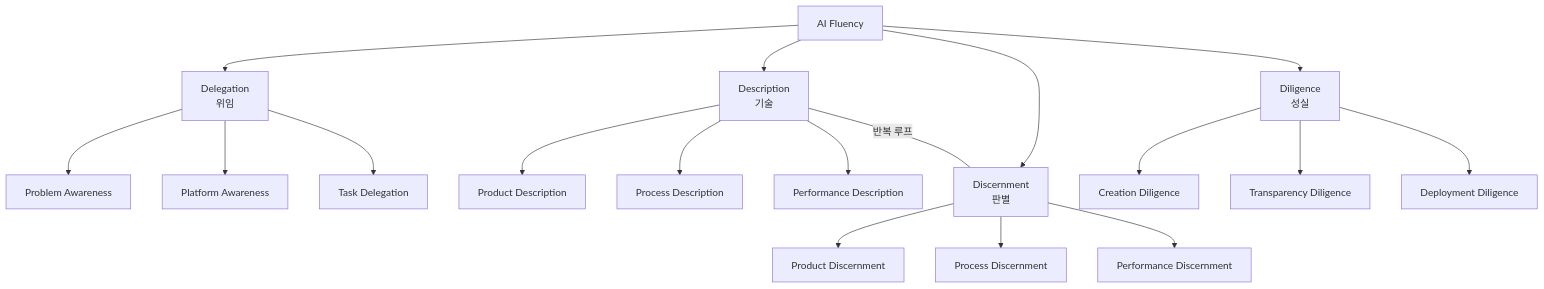
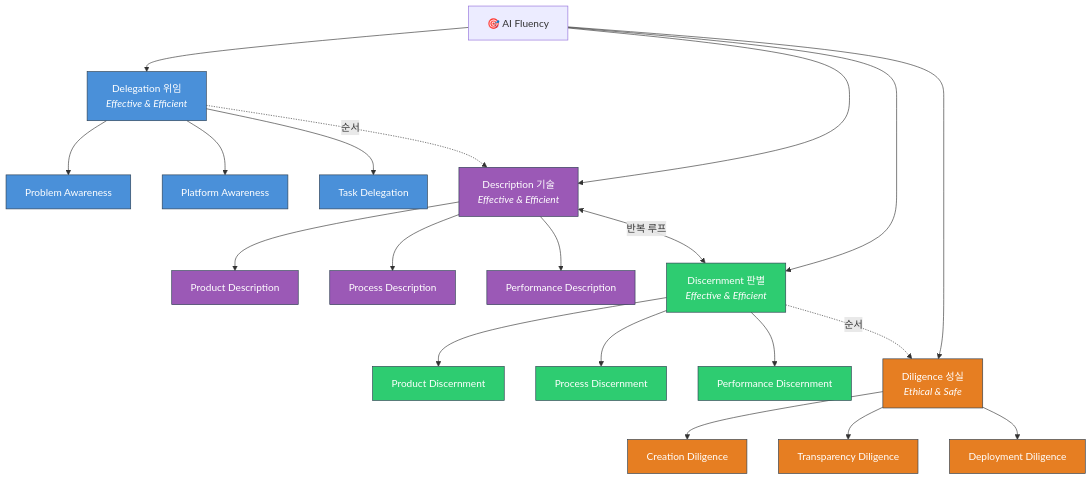
One commit to baekja/Lecture_LLM-AE-AI changed the first of 5 diagrams in content/01-Notes/Week_01.md. Above: the diagram before and after it, drawn with Mermaid. The commit also changed other lines of this file and 1 other file, not shown here.

````diff
--- a/content/01-Notes/Week_01.md
+++ b/content/01-Notes/Week_01.md
@@ -53,25 +53,39 @@
 ```mermaid
 graph TD
-    A[AI Fluency] --> B[Delegation<br>위임]
-    A --> C[Description<br>기술]
-    A --> D[Discernment<br>판별]
-    A --> E[Diligence<br>성실]
+    A["🎯 AI Fluency"]
 
-    B --> B1[Problem Awareness]
-    B --> B2[Platform Awareness]
-    B --> B3[Task Delegation]
+    A --> B["Delegation 위임<br><i>Effective & Efficient</i>"]
+    A --> C["Description 기술<br><i>Effective & Efficient</i>"]
+    A --> D["Discernment 판별<br><i>Effective & Efficient</i>"]
+    A --> E["Diligence 성실<br><i>Ethical & Safe</i>"]
 
-    C --> C1[Product Description]
-    C --> C2[Process Description]
-    C --> C3[Performance Description]
+    B --> B1["Problem Awareness"]
+    B --> B2["Platform Awareness"]
+    B --> B3["Task Delegation"]
 
-    D --> D1[Product Discernment]
-    D --> D2[Process Discernment]
-    D --> D3[Performance Discernment]
+    C --> C1["Product Description"]
+    C --> C2["Process Description"]
+    C --> C3["Performance Description"]
 
-    E --> E1[Creation Diligence]
-    E --> E2[Transparency Diligence]
-    E --> E3[Deployment Diligence]
+    D --> D1["Product Discernment"]
+    D --> D2["Process Discernment"]
+    D --> D3["Performance Discernment"]
 
-    C ---|반복 루프| D
+    E --> E1["Creation Diligence"]
+    E --> E2["Transparency Diligence"]
+    E --> E3["Deployment Diligence"]
+
+    B -.->|"순서"| C
+    C <-->|"반복 루프"| D
+    D -.->|"순서"| E
+
+    classDef delegation fill:#4A90D9,stroke:#2c3e50,color:#fff
+    classDef description fill:#9B59B6,stroke:#2c3e50,color:#fff
+    classDef discernment fill:#2ECC71,stroke:#2c3e50,color:#fff
+    classDef diligence fill:#E67E22,stroke:#2c3e50,color:#fff
+
+    class B,B1,B2,B3 delegation
+    class C,C1,C2,C3 description
+    class D,D1,D2,D3 discernment
+    class E,E1,E2,E3 diligence
 ```
````
